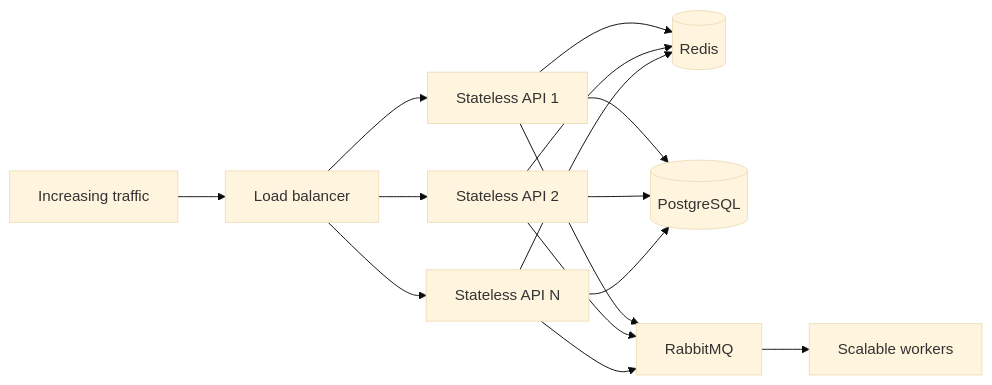
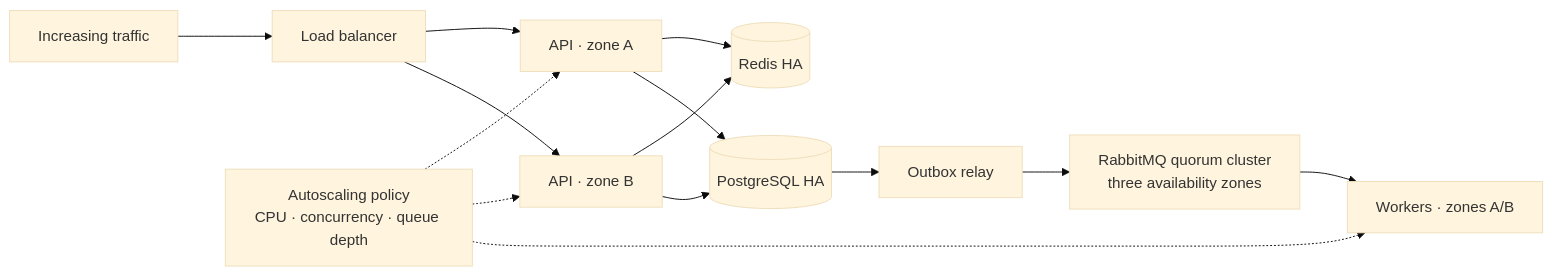
One commit to caelumregis/finmark changed the diagram in docs/scalability-and-reliability.md. Above: the diagram before and after it, drawn with Mermaid (base theme). The commit also changed other lines of this file and 6 other files, not shown here.

````diff
--- a/docs/scalability-and-reliability.md
+++ b/docs/scalability-and-reliability.md
@@ -12,17 +26,16 @@
 ```mermaid
 flowchart LR
     traffic["Increasing traffic"] --> proxy["Load balancer"]
-    proxy --> api1["Stateless API 1"]
-    proxy --> api2["Stateless API 2"]
-    proxy --> apiN["Stateless API N"]
-    api1 --> cache[("Redis")]
+    autoscale["Autoscaling policy<br/>CPU · concurrency · queue depth"] -.-> api1["API · zone A"]
+    autoscale -.-> api2["API · zone B"]
+    autoscale -.-> workers["Workers · zones A/B"]
+    proxy --> api1
+    proxy --> api2
+    api1 --> cache[("Redis HA")]
     api2 --> cache
-    apiN --> cache
-    api1 --> db[("PostgreSQL")]
+    api1 --> db[("PostgreSQL HA")]
     api2 --> db
-    apiN --> db
-    api1 --> queue["RabbitMQ"]
-    api2 --> queue
-    apiN --> queue
-    queue --> workers["Scalable workers"]
+    db --> relay["Outbox relay"]
+    relay --> queue["RabbitMQ quorum cluster<br/>three availability zones"]
+    queue --> workers
 ```
````
